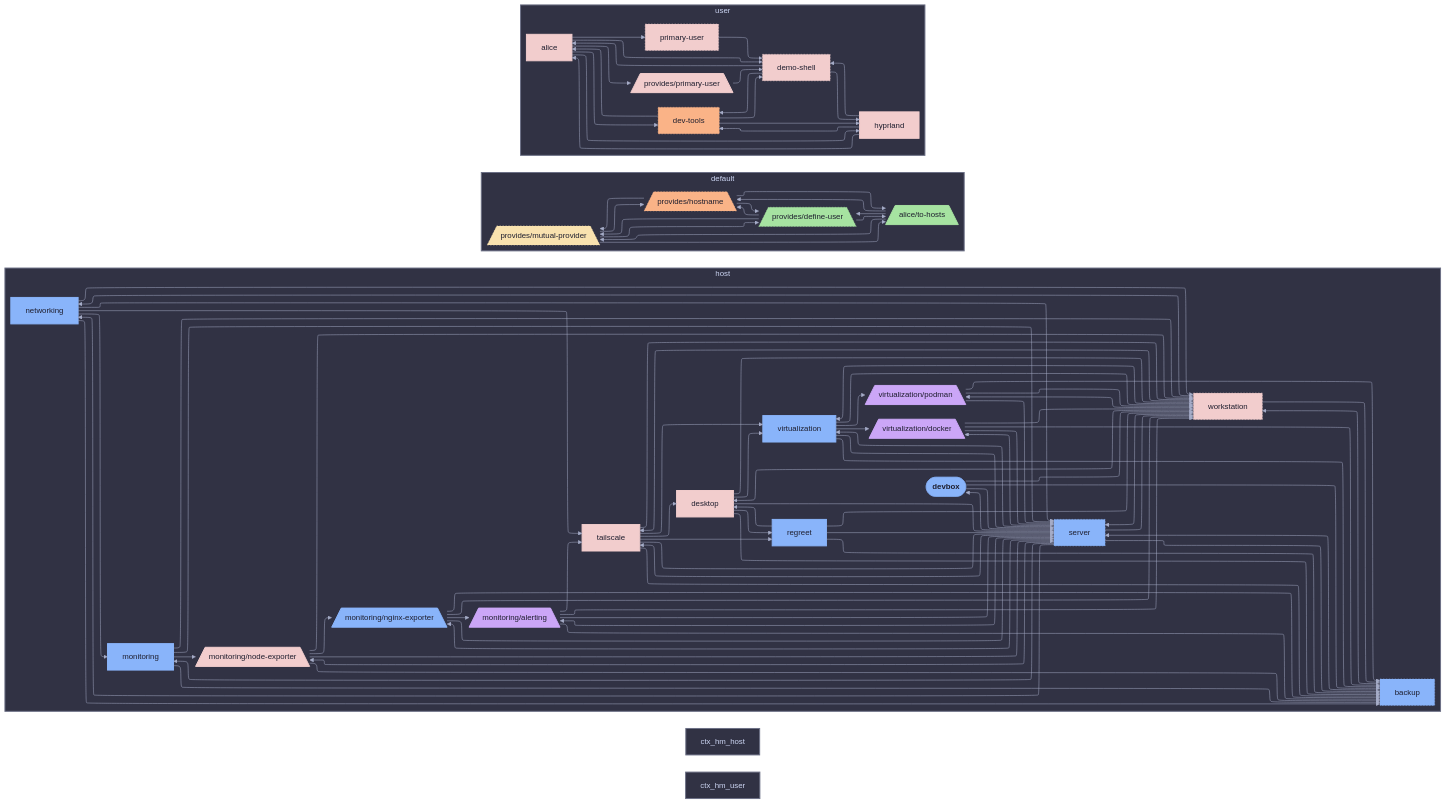
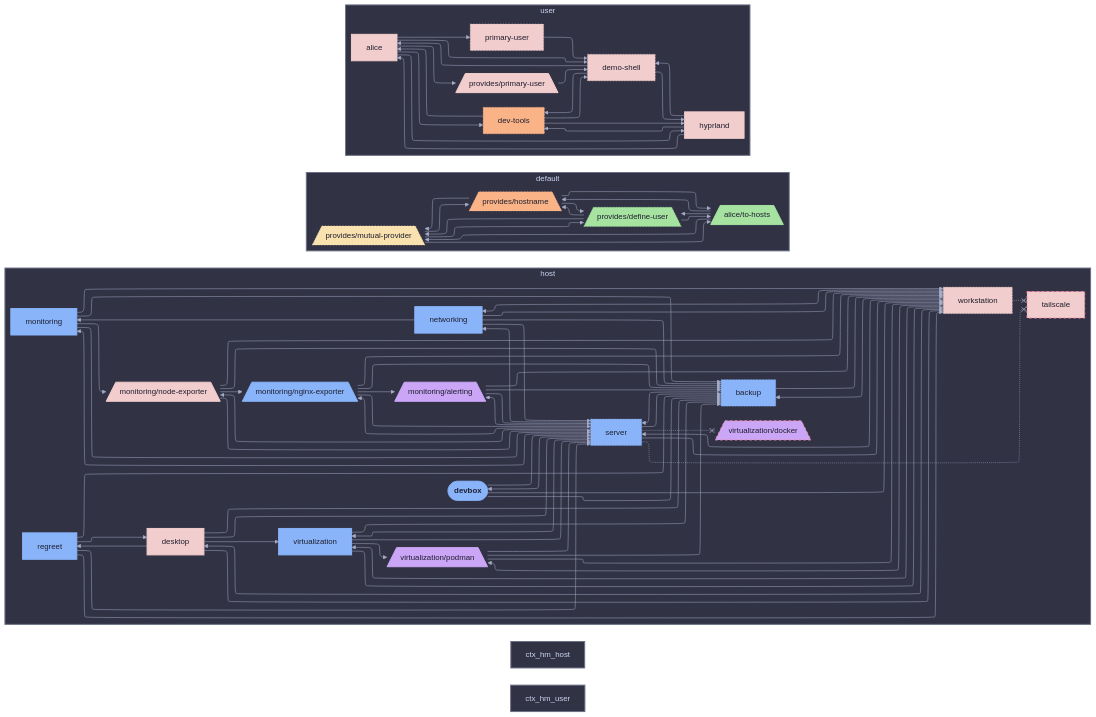
Before and after one commit to sini/den: the diagram in templates/diag-fx-demo/diagrams/devbox-aspects.md, drawn with Mermaid. The commit also changed 526 other files, not shown here.

Commit message:
chore: update fx diagrams

```diff
--- a/templates/diag-fx-demo/diagrams/devbox-aspects.md
+++ b/templates/diag-fx-demo/diagrams/devbox-aspects.md
@@ -39,9 +39,7 @@
   networking --> backup
   regreet --> backup
   server --> backup
-  tailscale --> backup
   virtualization --> backup
-  virtualization__docker --> backup
   virtualization__podman --> backup
   workstation --> backup
   monitoring --> server
@@ -50,9 +48,7 @@
   monitoring__node_exporter --> server
   networking --> server
   regreet --> server
-  tailscale --> server
   virtualization --> server
-  virtualization__docker --> server
   virtualization__podman --> server
   workstation --> server
   monitoring --> workstation
@@ -62,35 +58,27 @@
   networking --> workstation
   regreet --> workstation
   server --> workstation
-  tailscale --> workstation
   virtualization --> workstation
-  virtualization__docker --> workstation
   virtualization__podman --> workstation
   monitoring --> monitoring__node_exporter
-  monitoring__alerting --> tailscale
   monitoring__nginx_exporter --> monitoring__alerting
   monitoring__node_exporter --> monitoring__nginx_exporter
   networking --> monitoring
-  networking --> tailscale
   regreet --> desktop
   server --> monitoring__alerting
   server --> devbox
-  server --> virtualization__docker
+  server -.-x virtualization__docker
   server --> monitoring
   server --> networking
   server --> monitoring__nginx_exporter
   server --> monitoring__node_exporter
-  server --> tailscale
+  server -.-x tailscale
   server --> virtualization
-  tailscale --> desktop
-  tailscale --> regreet
-  tailscale --> virtualization
-  virtualization --> virtualization__docker
   virtualization --> virtualization__podman
   workstation --> desktop
   workstation --> networking
   workstation --> virtualization__podman
-  workstation --> tailscale
+  workstation -.-x tailscale
   workstation --> virtualization
   end
   subgraph ctx_default["default"]
@@ -146,7 +134,7 @@
   classDef desktop_c fill:#f2cdcd,stroke:#f2cdcd,color:#1e1e2e,stroke-width:2px
   classDef dev_tools_c fill:#fab387,stroke:#fab387,color:#1e1e2e,stroke-dasharray: 3 3,stroke-width:1px
   classDef devbox_c fill:#f2cdcd,stroke:#f2cdcd,color:#1e1e2e,stroke-width:3px
-  classDef virtualization__docker_c fill:#cba6f7,stroke:#cba6f7,color:#1e1e2e,stroke-width:2px
+  classDef virtualization__docker_c fill:#cba6f7,stroke:#f38ba8,color:#1e1e2e,stroke-dasharray: 5 5,stroke-width:2px
   classDef den__provides__hostname_c fill:#fab387,stroke:#fab387,color:#1e1e2e,stroke-dasharray: 3 3,stroke-width:1px
   classDef hyprland_c fill:#f2cdcd,stroke:#f2cdcd,color:#1e1e2e,stroke-width:2px
   classDef monitoring_c fill:#89b4fa,stroke:#89b4fa,color:#1e1e2e,stroke-width:2px
@@ -159,7 +147,7 @@
   classDef den__provides__primary_user_c fill:#f2cdcd,stroke:#f2cdcd,color:#1e1e2e,stroke-width:2px
   classDef regreet_c fill:#89b4fa,stroke:#89b4fa,color:#1e1e2e,stroke-width:2px
   classDef server_c fill:#89b4fa,stroke:#89b4fa,color:#1e1e2e,stroke-dasharray: 3 3,stroke-width:1px
-  classDef tailscale_c fill:#f2cdcd,stroke:#f2cdcd,color:#1e1e2e,stroke-width:2px
+  classDef tailscale_c fill:#f2cdcd,stroke:#f38ba8,color:#1e1e2e,stroke-dasharray: 5 5,stroke-width:2px
   classDef alice__to_hosts_c fill:#a6e3a1,stroke:#a6e3a1,color:#1e1e2e,stroke-width:2px
   classDef virtualization_c fill:#89b4fa,stroke:#89b4fa,color:#1e1e2e,stroke-width:2px
   classDef workstation_c fill:#f2cdcd,stroke:#f2cdcd,color:#1e1e2e,stroke-dasharray: 3 3,stroke-width:1px
```
